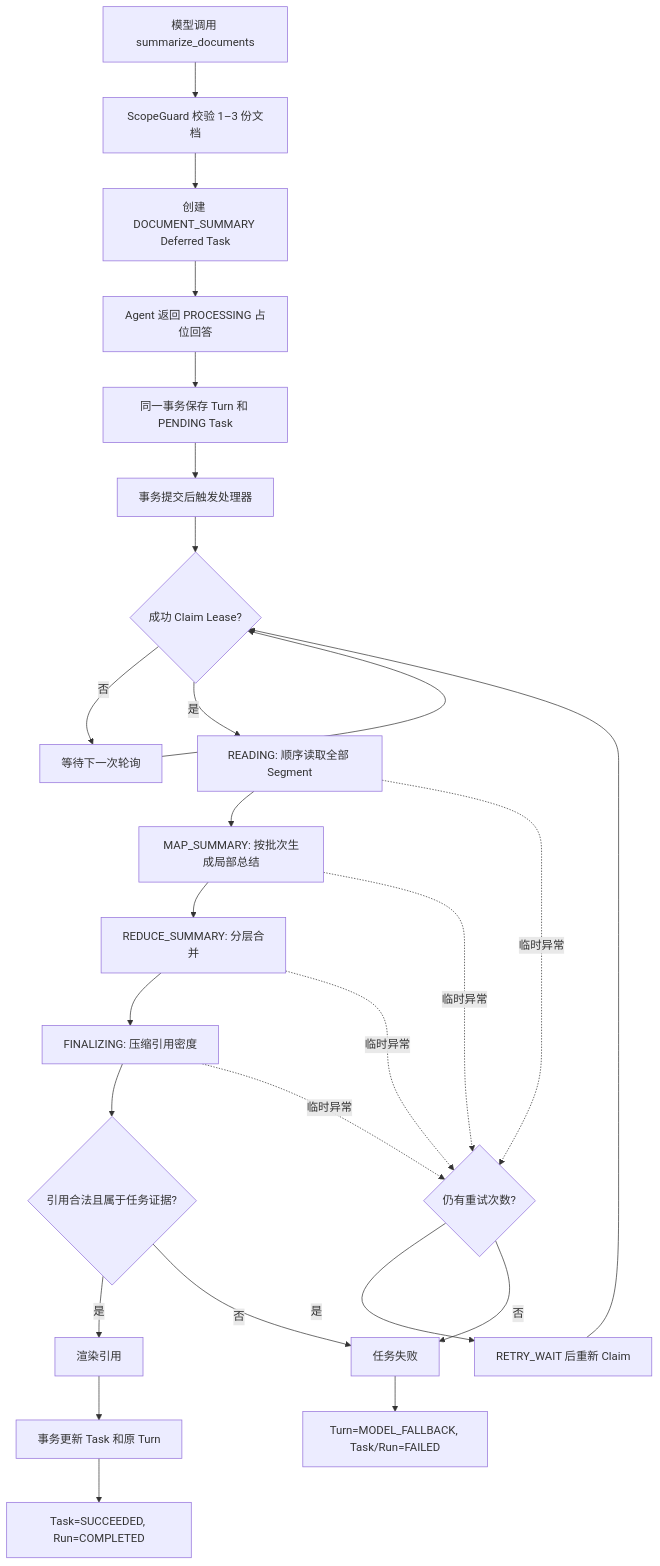
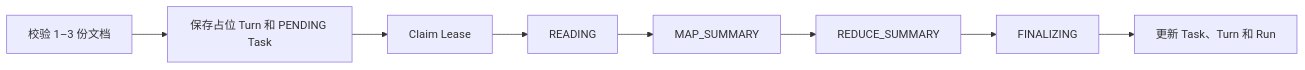
One commit to ryanmeowy/anchr-app changed the fifth of 5 diagrams in docs/agent-rag-workflow.md. Above: the diagram before and after it, drawn with Mermaid. The commit also changed other lines of this file and 4 other files, not shown here.

````diff
--- a/docs/agent-rag-workflow.md
+++ b/docs/agent-rag-workflow.md
@@ -389,29 +365,10 @@
 ```mermaid
-flowchart TD
-    A[模型调用 summarize_documents] --> B[ScopeGuard 校验 1–3 份文档]
-    B --> C[创建 DOCUMENT_SUMMARY Deferred Task]
-    C --> D[Agent 返回 PROCESSING 占位回答]
-    D --> E[同一事务保存 Turn 和 PENDING Task]
-    E --> F[事务提交后触发处理器]
-    F --> G{成功 Claim Lease?}
-    G -- 否 --> H[等待下一次轮询]
-    H --> G
-    G -- 是 --> I[READING: 顺序读取全部 Segment]
-    I --> J[MAP_SUMMARY: 按批次生成局部总结]
-    J --> K[REDUCE_SUMMARY: 分层合并]
-    K --> L[FINALIZING: 压缩引用密度]
-    L --> M{引用合法且属于任务证据?}
-    M -- 是 --> N[渲染引用]
-    N --> O[事务更新 Task 和原 Turn]
-    O --> P[Task=SUCCEEDED, Run=COMPLETED]
-
-    M -- 否 --> Q[任务失败]
-    I -. 临时异常 .-> R{仍有重试次数?}
-    J -. 临时异常 .-> R
-    K -. 临时异常 .-> R
-    L -. 临时异常 .-> R
-    R -- 是 --> S[RETRY_WAIT 后重新 Claim]
-    S --> G
-    R -- 否 --> Q
-    Q --> T[Turn=MODEL_FALLBACK, Task/Run=FAILED]
+flowchart LR
+    A["校验 1–3 份文档"] --> B["保存占位 Turn 和 PENDING Task"]
+    B --> C["Claim Lease"]
+    C --> D["READING"]
+    D --> E["MAP_SUMMARY"]
+    E --> F["REDUCE_SUMMARY"]
+    F --> G["FINALIZING"]
+    G --> H["更新 Task、Turn 和 Run"]
 ```
````
